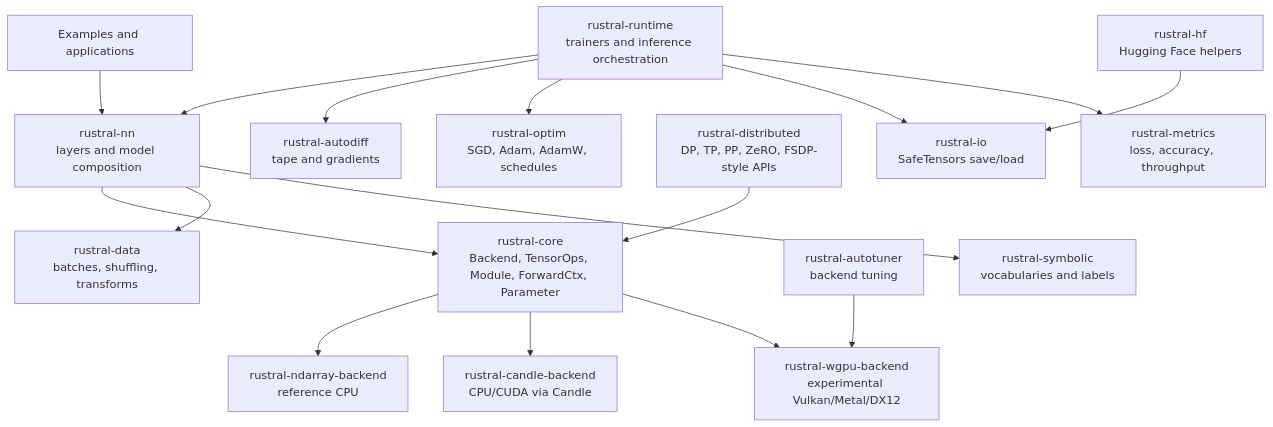
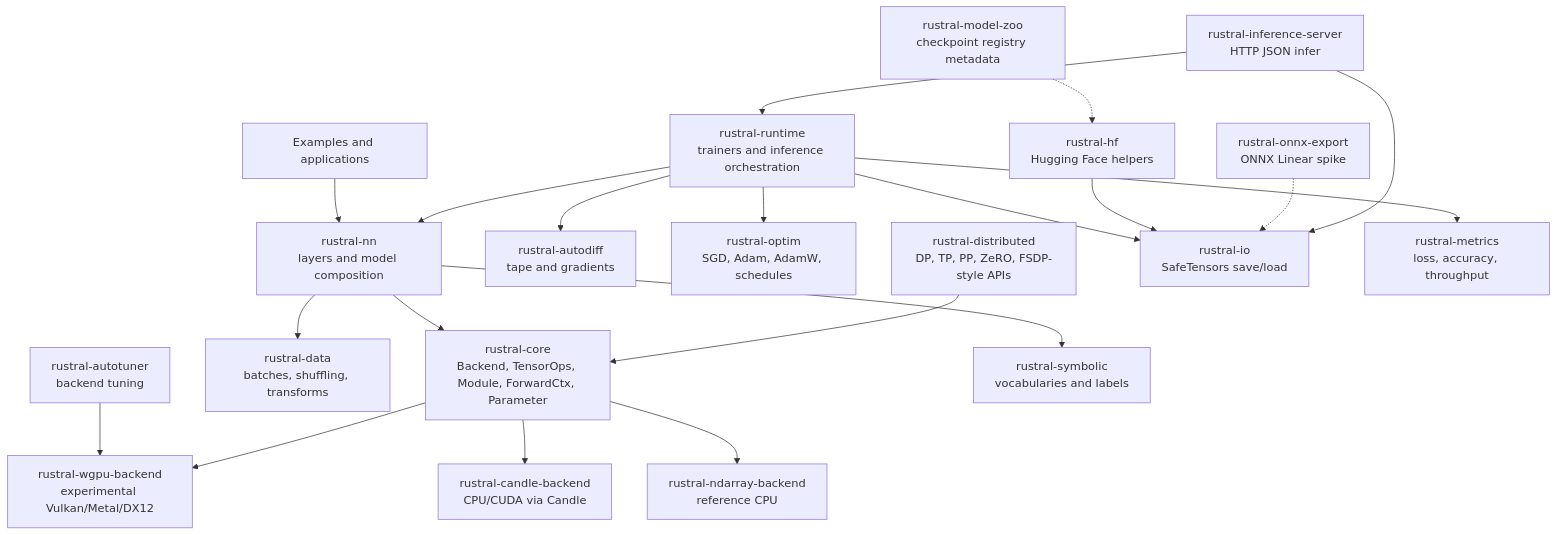
The first of 2 diagrams in README.md (skumyol/rustral), drawn with Mermaid before and after one commit. The commit also changed other lines of this file and 39 other files, not shown here.

````diff
--- a/README.md
+++ b/README.md
@@ -338,38 +367,45 @@
 ```mermaid
 flowchart TD
     app["Examples and applications"]
     nn["rustral-nn<br/>layers and model composition"]
     core["rustral-core<br/>Backend, TensorOps, Module, ForwardCtx, Parameter"]
     autodiff["rustral-autodiff<br/>tape and gradients"]
     optim["rustral-optim<br/>SGD, Adam, AdamW, schedules"]
     runtime["rustral-runtime<br/>trainers and inference orchestration"]
     dist["rustral-distributed<br/>DP, TP, PP, ZeRO, FSDP-style APIs"]
     data["rustral-data<br/>batches, shuffling, transforms"]
     io["rustral-io<br/>SafeTensors save/load"]
     metrics["rustral-metrics<br/>loss, accuracy, throughput"]
     autotune["rustral-autotuner<br/>backend tuning"]
     symbolic["rustral-symbolic<br/>vocabularies and labels"]
     hf["rustral-hf<br/>Hugging Face helpers"]
+    zoo["rustral-model-zoo<br/>checkpoint registry metadata"]
+    onnx["rustral-onnx-export<br/>ONNX Linear spike"]
+    infer["rustral-inference-server<br/>HTTP JSON infer"]
     ndarray["rustral-ndarray-backend<br/>reference CPU"]
     candle["rustral-candle-backend<br/>CPU/CUDA via Candle"]
     wgpu["rustral-wgpu-backend<br/>experimental Vulkan/Metal/DX12"]
 
     app --> nn
     nn --> core
 
     runtime --> nn
     runtime --> autodiff
     runtime --> optim
     runtime --> io
     runtime --> metrics
     dist --> core
 
     nn --> data
     nn --> symbolic
     hf --> io
+    zoo -.-> hf
+    onnx -.-> io
+    infer --> runtime
+    infer --> io
     autotune --> wgpu
 
     core --> ndarray
     core --> candle
     core --> wgpu
 ```
````
